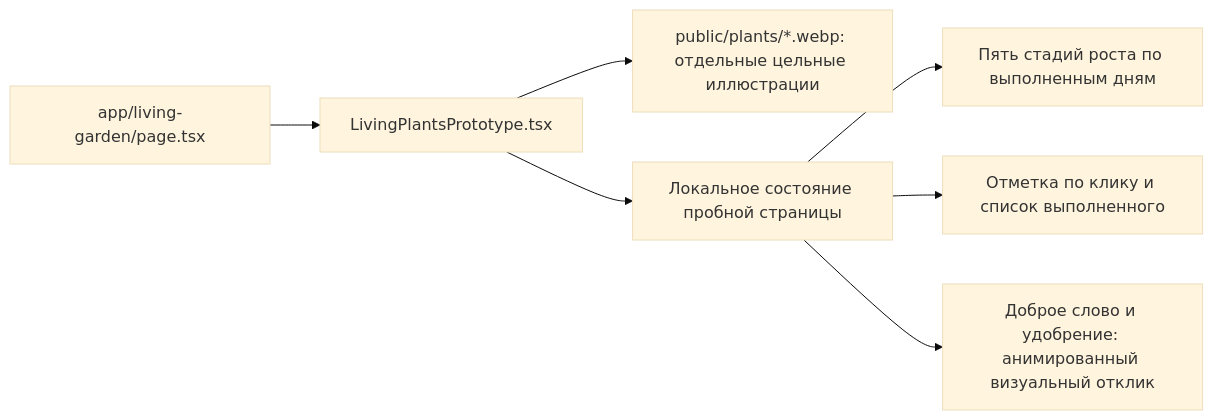
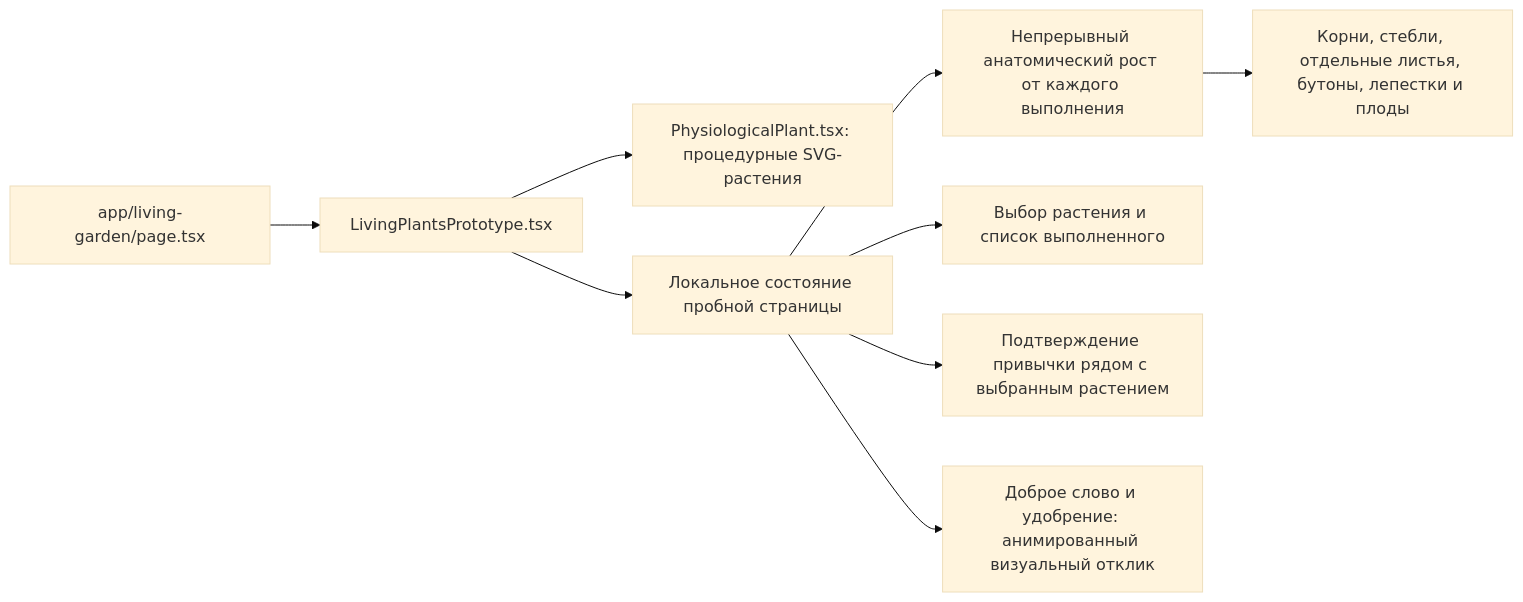
The fifth of 7 diagrams in docs/ARCHITECTURE.md (katrin27108-rgb/rost-habit-garden), drawn with Mermaid (base theme) before and after one commit. The commit also changed other lines of this file and 4 other files, not shown here.

Commit message:
Animate physiological plant growth

````diff
--- a/docs/ARCHITECTURE.md
+++ b/docs/ARCHITECTURE.md
@@ -71,9 +71,11 @@
 ```mermaid
 flowchart LR
   Route[app/living-garden/page.tsx] --> Prototype[LivingPlantsPrototype.tsx]
-  Prototype --> Plants[public/plants/*.webp: отдельные цельные иллюстрации]
+  Prototype --> Plants[PhysiologicalPlant.tsx: процедурные SVG-растения]
   Prototype --> DemoState[Локальное состояние пробной страницы]
-  DemoState --> Growth[Пять стадий роста по выполненным дням]
-  DemoState --> Checklist[Отметка по клику и список выполненного]
+  DemoState --> Growth[Непрерывный анатомический рост от каждого выполнения]
+  Growth --> Anatomy[Корни, стебли, отдельные листья, бутоны, лепестки и плоды]
+  DemoState --> Checklist[Выбор растения и список выполненного]
+  DemoState --> Confirm[Подтверждение привычки рядом с выбранным растением]
   DemoState --> Care[Доброе слово и удобрение: анимированный визуальный отклик]
 ```
````
